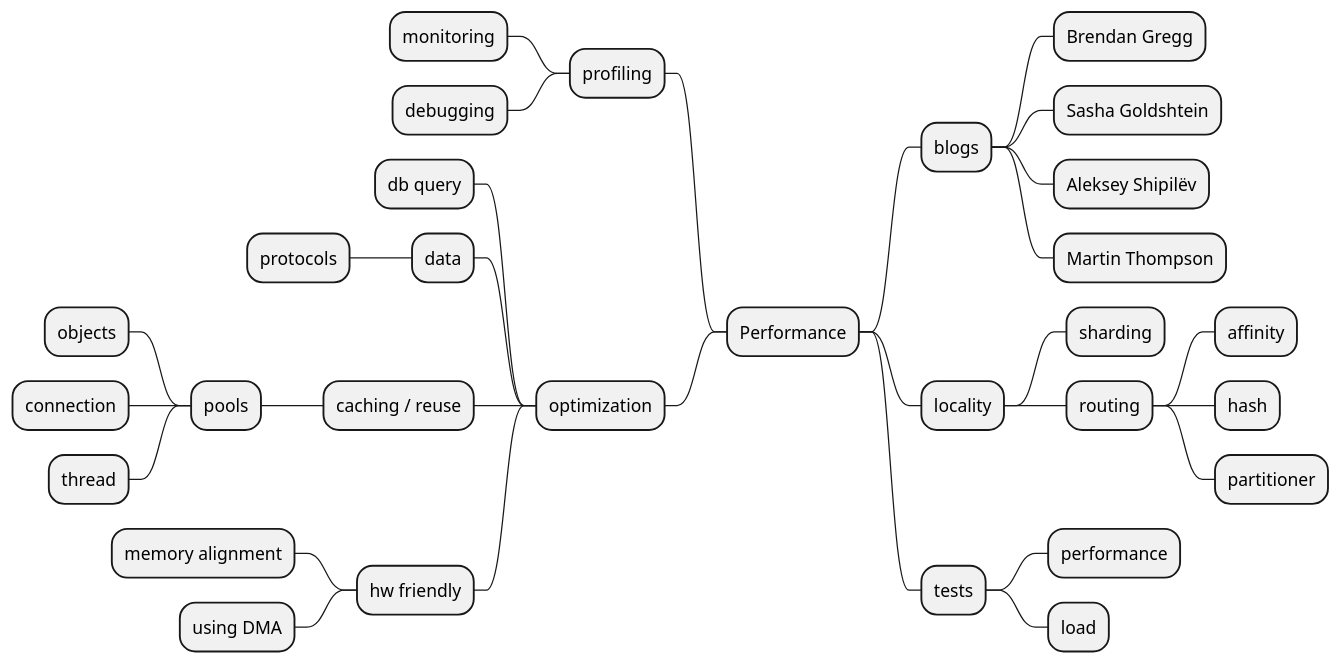
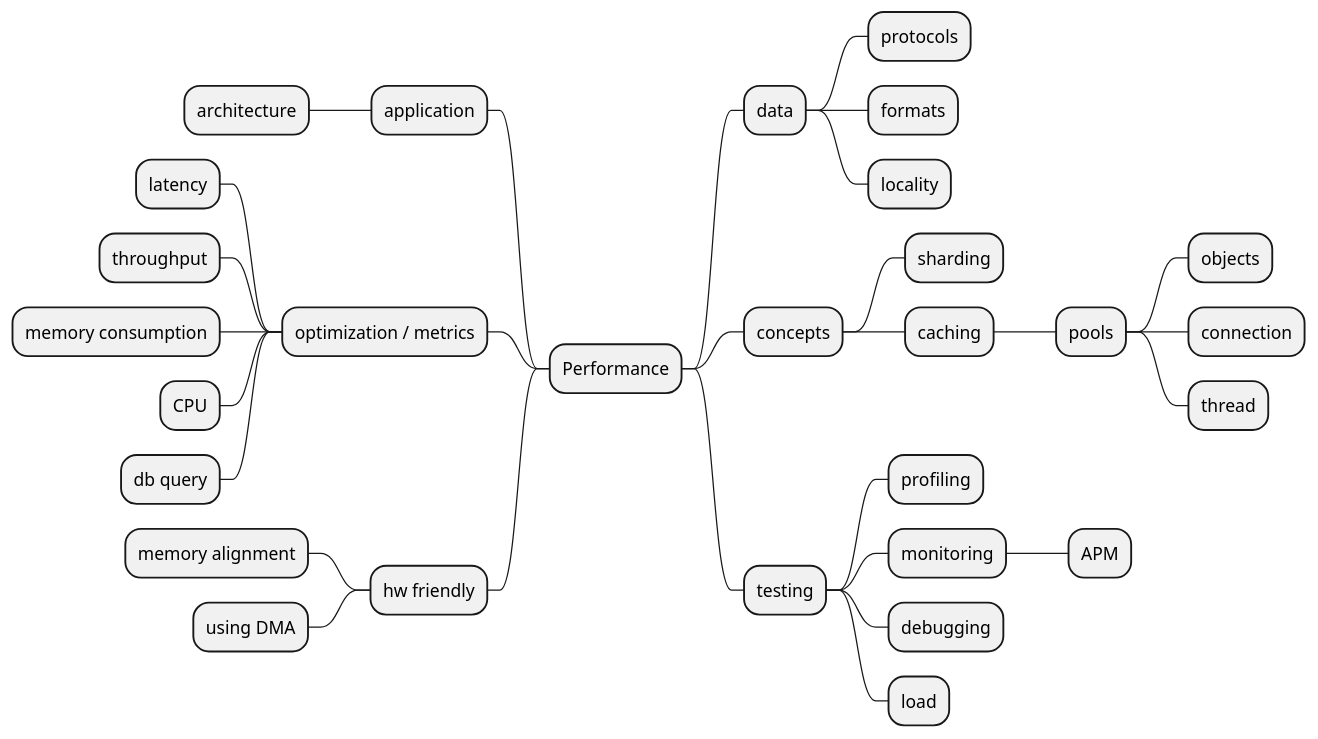
Before and after one commit to levplotkin/performance-roadmap: the diagram in performance-roadmap.iuml, drawn with PlantUML. The commit also changed other lines of this file and 2 other files, not shown here.

```diff
--- a/performance-roadmap.iuml
+++ b/performance-roadmap.iuml
@@ -1,34 +1,33 @@
 @startmindmap
 * Performance
- * blogs
-  * Brendan Gregg
-  * Sasha Goldshtein
-  * Aleksey Shipilëv
-  * Martin Thompson
- * locality
+ * data
+  * protocols
+  * formats
+  * locality
+ * concepts
   * sharding
-  * routing
-   * affinity
-   * hash
-   * partitioner
- * tests
-  * performance
-  * load
- left side
- * profiling
-  * monitoring
-  * debugging
- * optimization
-  * db query
-  * data
-   * protocols
-  * caching / reuse
+  * caching
    * pools
     * objects
     * connection
     * thread
-  * hw friendly
-   * memory alignment
-   * using DMA
+ * testing
+  * profiling
+  * monitoring
+   * APM
+  * debugging
+  * load
+ left side
+ * application
+  * architecture
+ * optimization / metrics
+  * latency
+  * throughput
+  * memory consumption
+  * CPU
+  * db query
+ * hw friendly
+  * memory alignment
+  * using DMA
 
 @endmindmap
```
